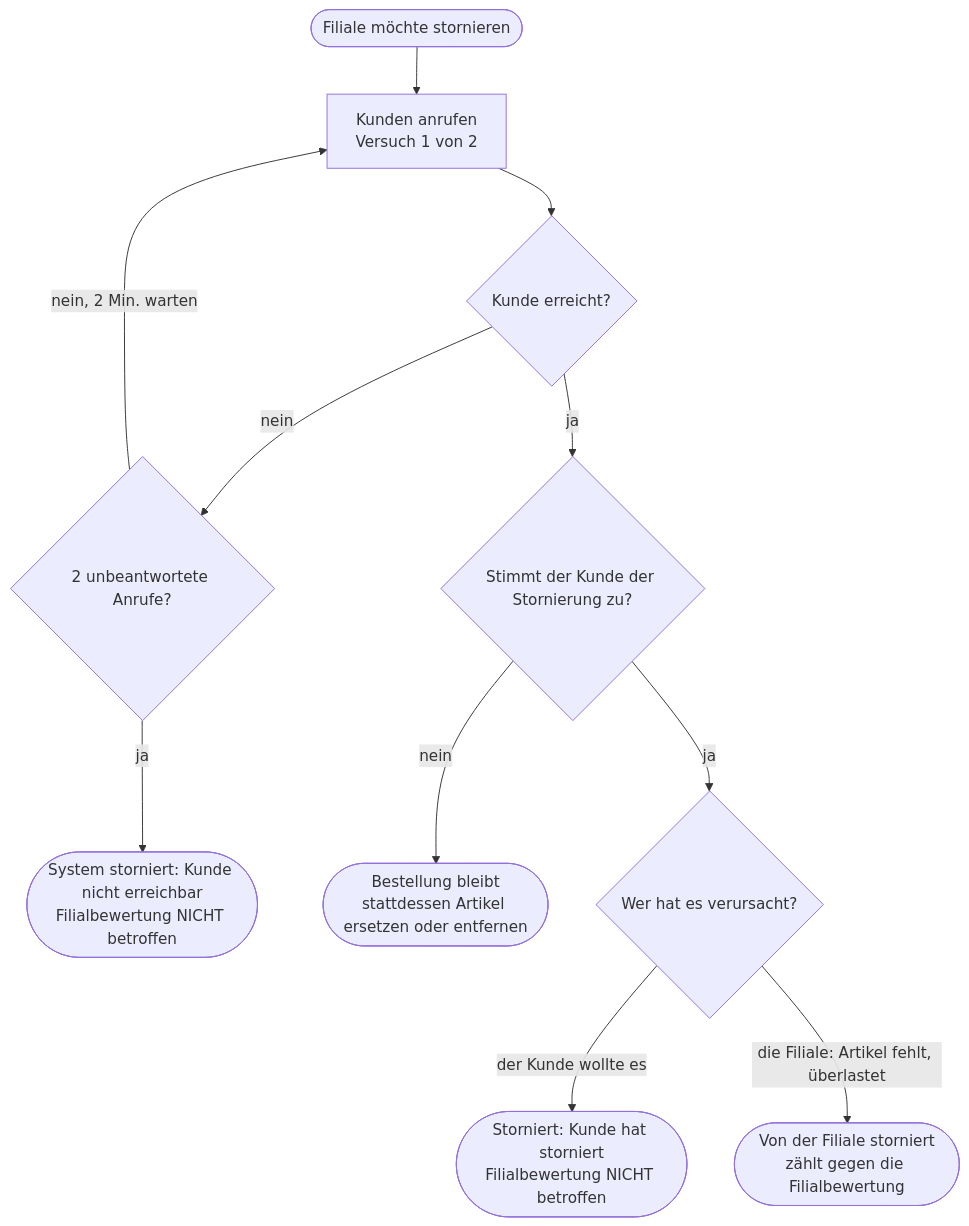
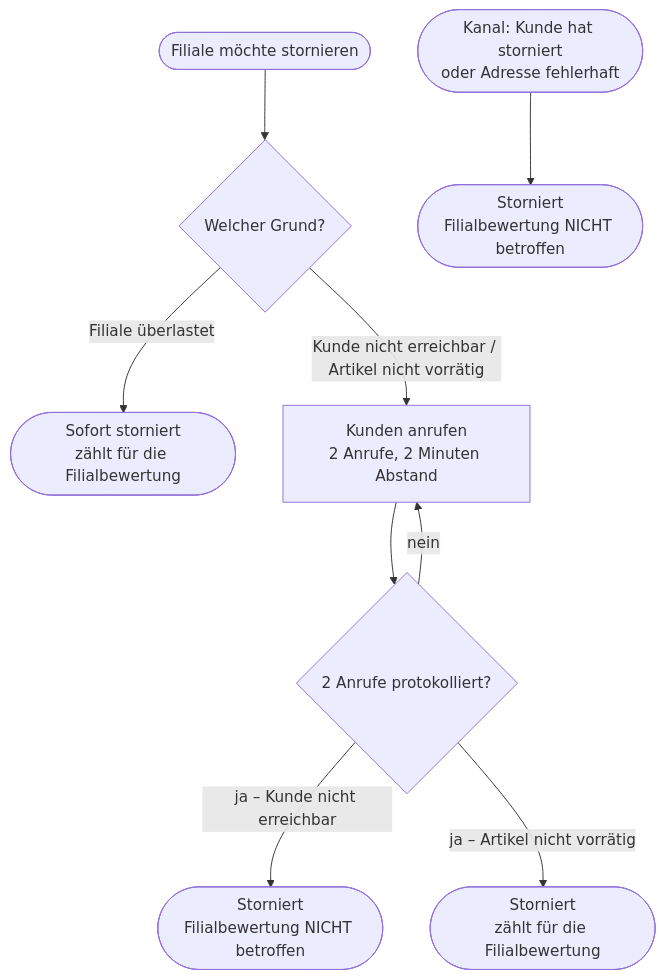
One commit to hasantaskesen/VetisPilot changed the fifth of 5 diagrams in docs/analysis/04-order-process.de.md. Above: the diagram before and after it, drawn with Mermaid. The commit also changed other lines of this file and 20 other files, not shown here.

````diff
--- a/docs/analysis/04-order-process.de.md
+++ b/docs/analysis/04-order-process.de.md
@@ -206,13 +206,11 @@
 ```mermaid
 flowchart TD
-    A(["Filiale möchte stornieren"]) --> B["Kunden anrufen<br/>Versuch 1 von 2"]
-    B --> C{"Kunde erreicht?"}
-    C -->|nein| D{"2 unbeantwortete Anrufe?"}
-    D -->|"nein, 2 Min. warten"| B
-    D -->|ja| E(["System storniert: Kunde nicht erreichbar<br/>Filialbewertung NICHT betroffen"])
-    C -->|ja| F{"Stimmt der Kunde der Stornierung zu?"}
-    F -->|nein| G(["Bestellung bleibt<br/>stattdessen Artikel ersetzen oder entfernen"])
-    F -->|ja| H{"Wer hat es verursacht?"}
-    H -->|"der Kunde wollte es"| I(["Storniert: Kunde hat storniert<br/>Filialbewertung NICHT betroffen"])
-    H -->|"die Filiale: Artikel fehlt, überlastet"| J(["Von der Filiale storniert<br/>zählt gegen die Filialbewertung"])
+    A(["Filiale möchte stornieren"]) --> B{"Welcher Grund?"}
+    B -->|"Filiale überlastet"| C(["Sofort storniert<br/>zählt für die Filialbewertung"])
+    B -->|"Kunde nicht erreichbar / Artikel nicht vorrätig"| D["Kunden anrufen<br/>2 Anrufe, 2 Minuten Abstand"]
+    D --> E{"2 Anrufe protokolliert?"}
+    E -->|nein| D
+    E -->|"ja – Kunde nicht erreichbar"| F(["Storniert<br/>Filialbewertung NICHT betroffen"])
+    E -->|"ja – Artikel nicht vorrätig"| G(["Storniert<br/>zählt für die Filialbewertung"])
+    H(["Kanal: Kunde hat storniert<br/>oder Adresse fehlerhaft"]) --> I(["Storniert<br/>Filialbewertung NICHT betroffen"])
 ```
````
